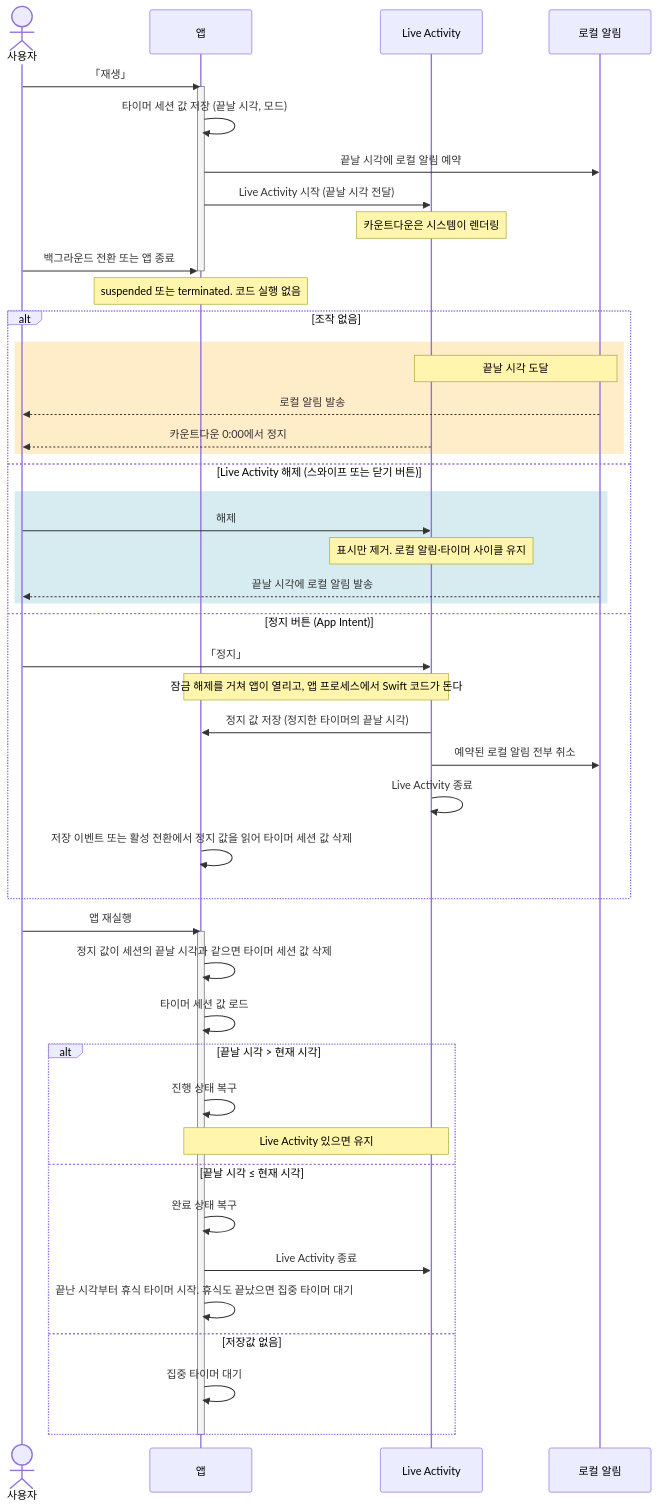
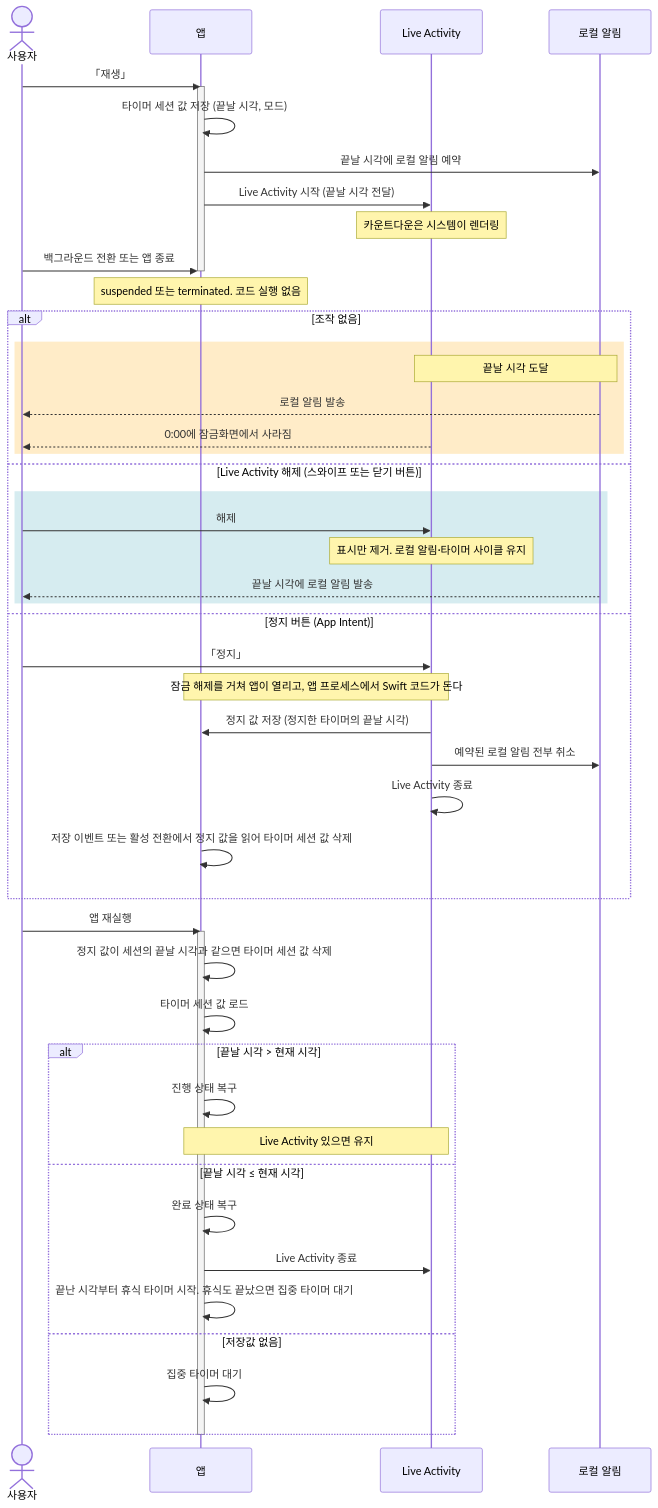
Before and after one commit to Bori-github/tadaktadak: the diagram in SPEC.md, drawn with Mermaid. The commit also changed other lines of this file and 1 other file, not shown here.

````diff
--- a/SPEC.md
+++ b/SPEC.md
@@ -16,55 +16,55 @@
 ```mermaid
 sequenceDiagram
     actor U as 사용자
     participant A as 앱
     participant L as Live Activity
     participant N as 로컬 알림
 
     U->>A: 「재생」
     activate A
     A->>A: 타이머 세션 값 저장 (끝날 시각, 모드)
     A->>N: 끝날 시각에 로컬 알림 예약
     A->>L: Live Activity 시작 (끝날 시각 전달)
     Note over L: 카운트다운은 시스템이 렌더링
 
     U->>A: 백그라운드 전환 또는 앱 종료
     deactivate A
     Note over A: suspended 또는 terminated. 코드 실행 없음
 
     alt 조작 없음
         rect rgb(255, 236, 200)
             Note over L,N: 끝날 시각 도달
             N-->>U: 로컬 알림 발송
-            L-->>U: 카운트다운 0:00에서 정지
+            L-->>U: 0:00에 잠금화면에서 사라짐
         end
     else Live Activity 해제 (스와이프 또는 닫기 버튼)
         rect rgb(214, 236, 240)
             U->>L: 해제
             Note over L: 표시만 제거. 로컬 알림·타이머 사이클 유지
             N-->>U: 끝날 시각에 로컬 알림 발송
         end
     else 정지 버튼 (App Intent)
         U->>L: 「정지」
         Note over A,L: 잠금 해제를 거쳐 앱이 열리고, 앱 프로세스에서 Swift 코드가 돈다
         L->>A: 정지 값 저장 (정지한 타이머의 끝날 시각)
         L->>N: 예약된 로컬 알림 전부 취소
         L->>L: Live Activity 종료
         A->>A: 저장 이벤트 또는 활성 전환에서 정지 값을 읽어 타이머 세션 값 삭제
     end
 
     U->>A: 앱 재실행
     activate A
     A->>A: 정지 값이 세션의 끝날 시각과 같으면 타이머 세션 값 삭제
     A->>A: 타이머 세션 값 로드
     alt 끝날 시각 > 현재 시각
         A->>A: 진행 상태 복구
         Note over A,L: Live Activity 있으면 유지
     else 끝날 시각 ≤ 현재 시각
         A->>A: 완료 상태 복구
         A->>L: Live Activity 종료
         A->>A: 끝난 시각부터 휴식 타이머 시작. 휴식도 끝났으면 집중 타이머 대기
     else 저장값 없음
         A->>A: 집중 타이머 대기
     end
     deactivate A
 ```
````
